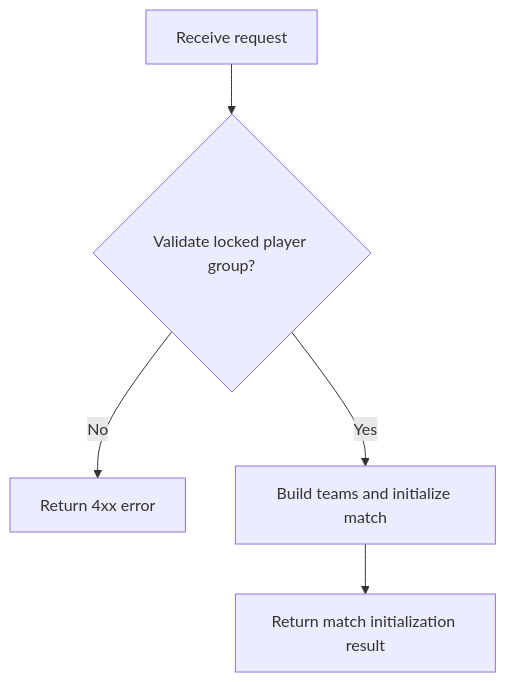
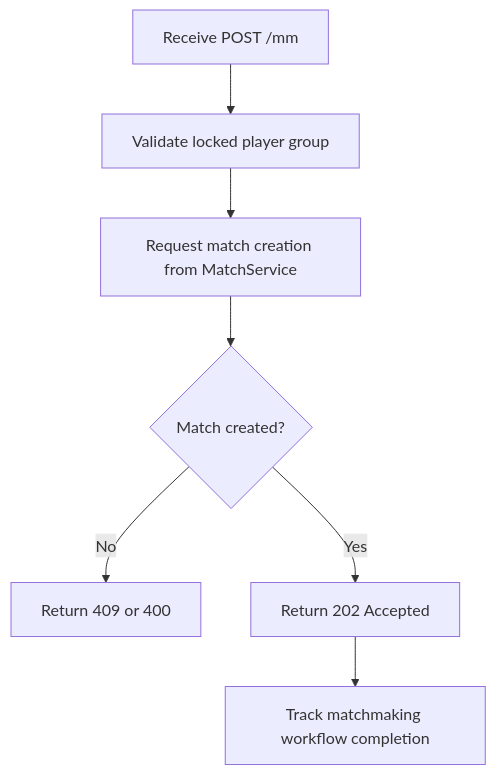
The sixth of 7 diagrams in docs/analysis-and-design.md (dpbL5/glicko2-matchmaking-system), drawn with Mermaid before and after one commit. The commit also changed other lines of this file and 1 other file, not shown here.

````diff
--- a/docs/analysis-and-design.md
+++ b/docs/analysis-and-design.md
@@ -343,7 +373,9 @@
 ```mermaid
 flowchart TD
-    A[Receive request] --> B{Validate locked player group?}
-    B -->|No| C[Return 4xx error]
-    B -->|Yes| D[Build teams and initialize match]
-    D --> E[Return match initialization result]
+    A[Receive POST /mm] --> B[Validate locked player group]
+    B --> C[Request match creation from MatchService]
+    C --> D{Match created?}
+    D -->|No| E[Return 409 or 400]
+    D -->|Yes| F[Return 202 Accepted]
+    F --> G[Track matchmaking workflow completion]
 ```
````
